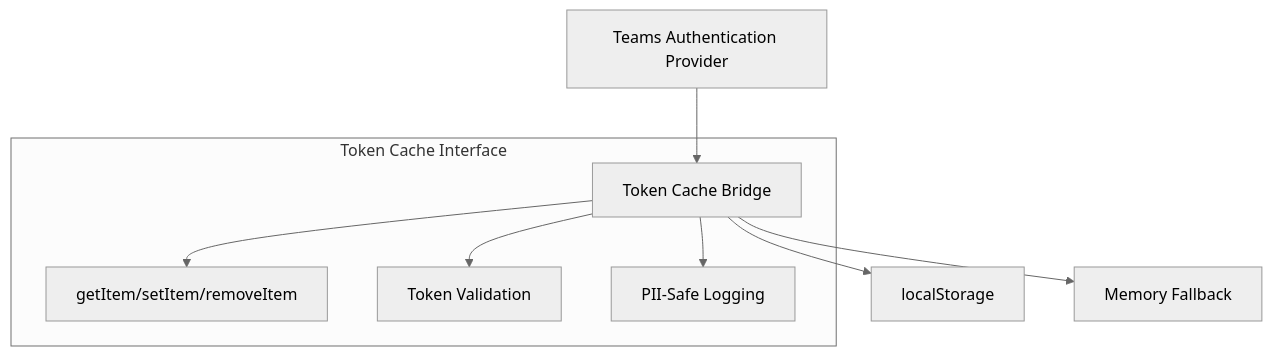
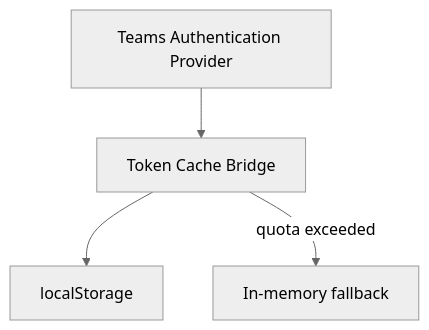
Before and after one commit to IsmaelMartinez/teams-for-linux: the diagram in docs-site/docs/development/token-cache-architecture.md, drawn with Mermaid (neutral theme). The commit also changed other lines of this file and 8 other files, not shown here.

````diff
--- a/docs-site/docs/development/token-cache-architecture.md
+++ b/docs-site/docs/development/token-cache-architecture.md
@@ -24,12 +13,6 @@
 ```mermaid
 graph TB
     A[Teams Authentication Provider] --> B[Token Cache Bridge]
     B --> C[localStorage]
-    B --> D[Memory Fallback]
-    
-    subgraph "Token Cache Interface"
-        B --> E[getItem/setItem/removeItem]
-        B --> F[Token Validation]
-        B --> G[PII-Safe Logging]
-    end
+    B -->|quota exceeded| D[In-memory fallback]
 ```
````
